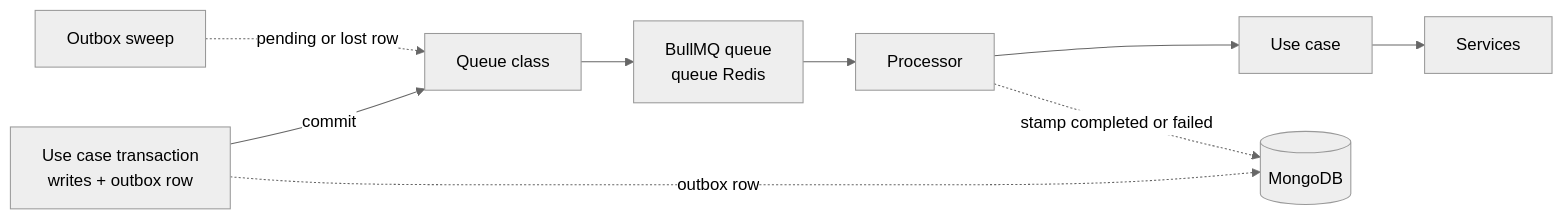
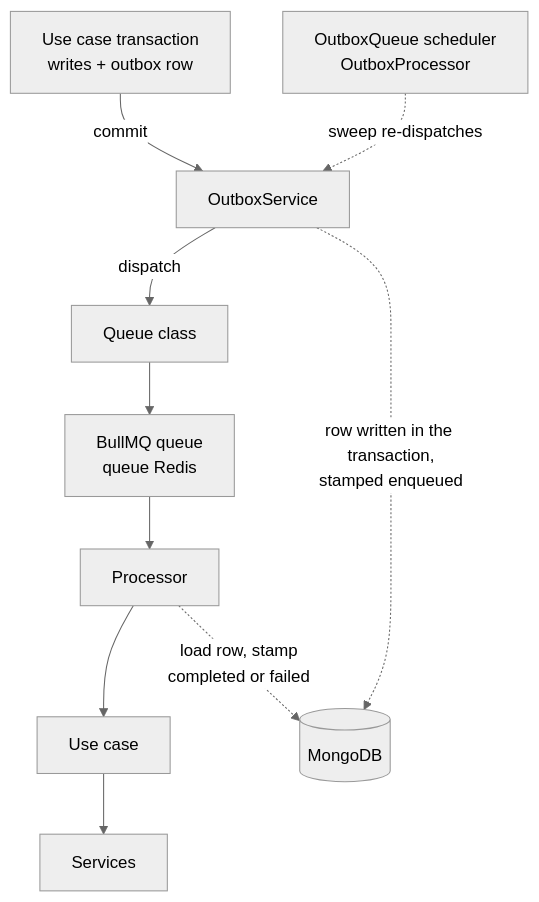
Before and after one commit to andrechristikan/ack-nestjs-boilerplate: the diagram in docs/concepts/queue.md, drawn with Mermaid (neutral theme). The commit also changed other lines of this file and 35 other files, not shown here.

Commit message:
docs: draw every diagram top to bottom and match each to its page

````diff
--- a/docs/concepts/queue.md
+++ b/docs/concepts/queue.md
@@ -34,11 +36,12 @@
 ```mermaid
-flowchart LR
-    UC["Use case transaction<br/>writes + outbox row"] -->|commit| QC["Queue class"]
+flowchart TB
+    UC["Use case transaction<br/>writes + outbox row"] -->|commit| OS["OutboxService"]
+    OS -->|dispatch| QC["Queue class"]
     QC --> BQ["BullMQ queue<br/>queue Redis"]
     BQ --> PR["Processor"]
     PR --> PU["Use case"]
     PU --> SV["Services"]
-    SW["Outbox sweep"] -.->|pending or lost row| QC
-    UC -.->|outbox row| DB[("MongoDB")]
-    PR -.->|stamp completed or failed| DB
+    SW["OutboxQueue scheduler<br/>OutboxProcessor"] -.->|sweep re-dispatches| OS
+    OS -.->|"row written in the transaction,<br/>stamped enqueued"| DB[("MongoDB")]
+    PR -.->|"load row, stamp<br/>completed or failed"| DB
 ```
````
